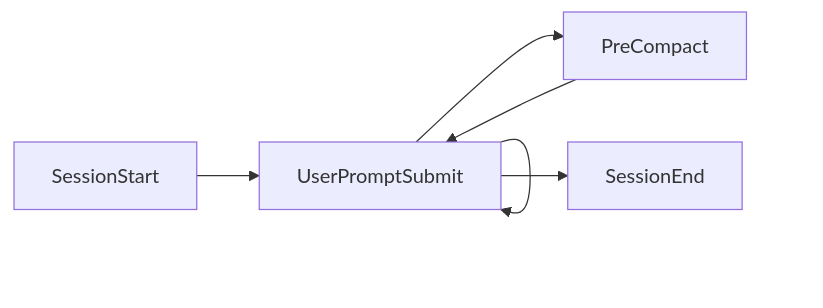
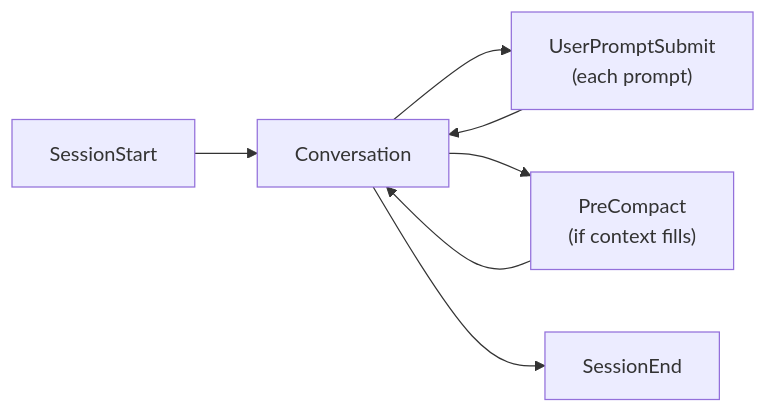
Before and after one commit to ipedro/lossless-claude: the third of 3 diagrams in README.md, drawn with Mermaid.

Commit message:
docs: simplify hook lifecycle diagram

````diff
--- a/README.md
+++ b/README.md
@@ -206,8 +206,9 @@
 ```mermaid
 flowchart LR
-  SS["SessionStart"] --> UP["UserPromptSubmit"]
-  UP --> UP
-  UP --> PC["PreCompact"]
-  PC --> UP
-  UP --> SE["SessionEnd"]
+  SS["SessionStart"] --> CONV["Conversation"]
+  CONV --> UP["UserPromptSubmit<br/>(each prompt)"]
+  UP --> CONV
+  CONV --> PC["PreCompact<br/>(if context fills)"]
+  PC --> CONV
+  CONV --> SE["SessionEnd"]
 ```
````
